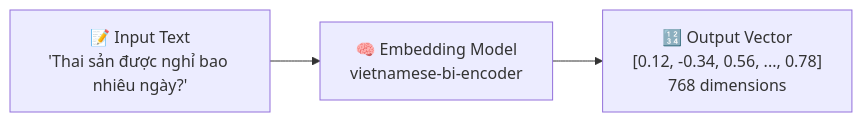
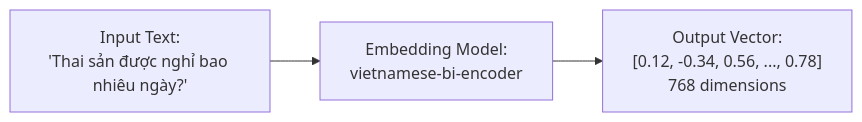
Before and after one commit to doananhhung/chat-bot-law: the second of 5 diagrams in presentation_slides/pages/member2.md, drawn with Mermaid. The commit also changed other lines of this file and 9 other files, not shown here.

````diff
--- a/presentation_slides/pages/member2.md
+++ b/presentation_slides/pages/member2.md
@@ -131,8 +131,8 @@
 ```mermaid
 flowchart LR
-    A["📝 Input Text<br/>'Thai sản được nghỉ bao nhiêu ngày?'"]
-    B["🧠 Embedding Model<br/>vietnamese-bi-encoder"]
-    C["🔢 Output Vector<br/>[0.12, -0.34, 0.56, ..., 0.78]<br/>768 dimensions"]
+    A[" Input Text:<br/>'Thai sản được nghỉ bao nhiêu ngày?'"]
+    B[" Embedding Model:<br/>vietnamese-bi-encoder"]
+    C[" Output Vector:<br/>[0.12, -0.34, 0.56, ..., 0.78]<br/>768 dimensions"]
     
     A --> B --> C
 ```
````
